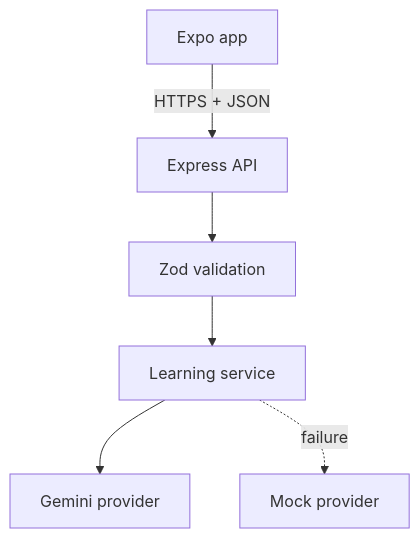
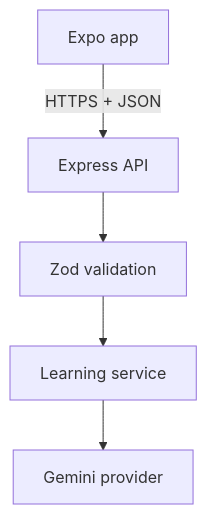
Before and after one commit to omkarborude/skillpilot-ai: the diagram in docs/BACKEND_ARCHITECTURE.md, drawn with Mermaid. The commit also changed other lines of this file and 42 other files, not shown here.

Commit message:
feat: connect production learning flows

````diff
--- a/docs/BACKEND_ARCHITECTURE.md
+++ b/docs/BACKEND_ARCHITECTURE.md
@@ -9,8 +9,7 @@
 ```mermaid
 flowchart TD
     A["Expo app"] -->|HTTPS + JSON| E["Express API"]
     E --> V["Zod validation"]
     V --> S["Learning service"]
     S --> G["Gemini provider"]
-    S -. failure .-> M["Mock provider"]
 ```
````
